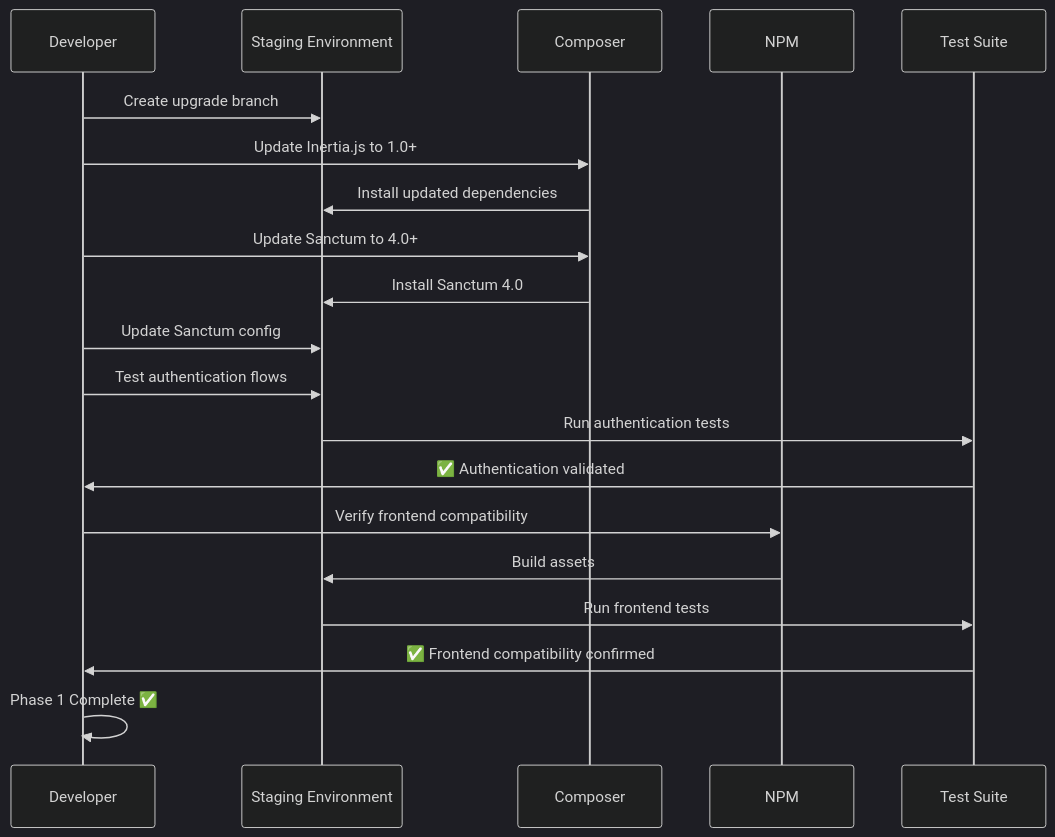
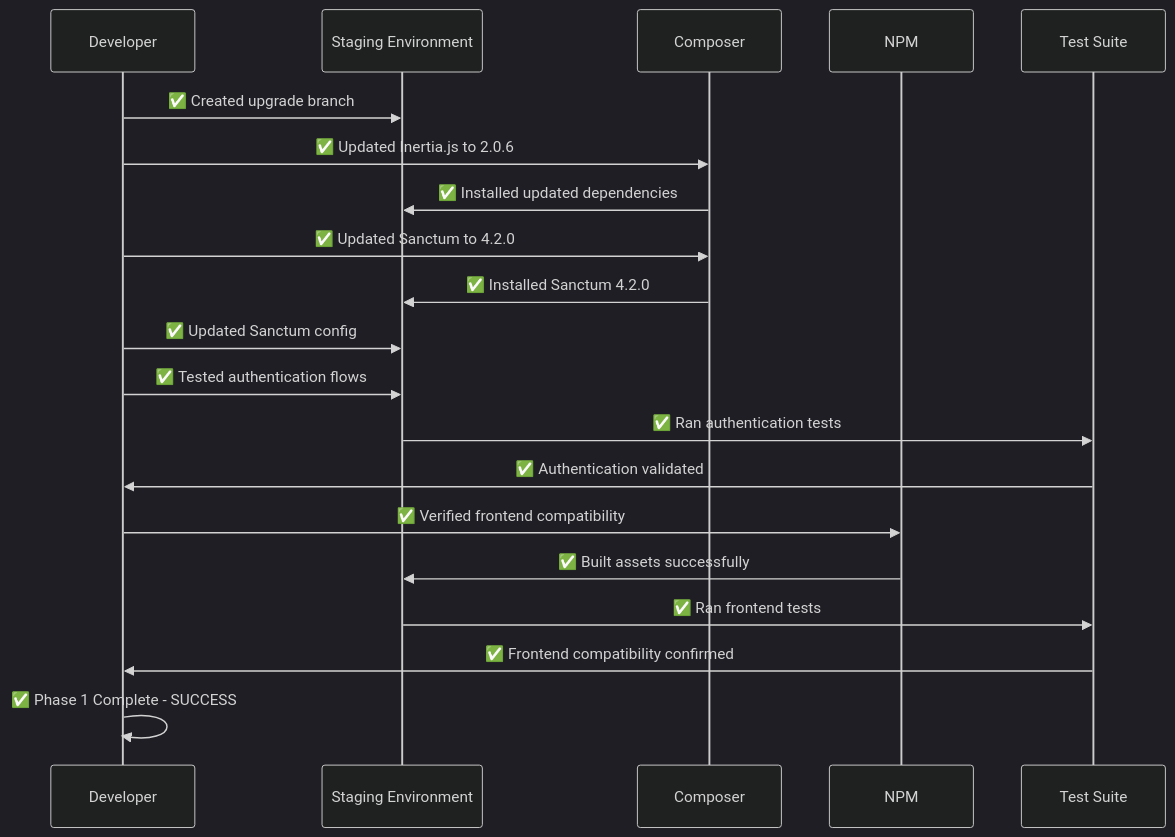
Before and after one commit to ltmoerdani/blazz: the third of 15 diagrams in docs/laravel-12-upgrade/visual.md, drawn with Mermaid (dark theme). The commit also changed other lines of this file and 9 other files, not shown here.

````diff
--- a/docs/laravel-12-upgrade/visual.md
+++ b/docs/laravel-12-upgrade/visual.md
@@ -171,26 +171,26 @@
 ```mermaid
 sequenceDiagram
     participant DEV as Developer
     participant STAGING as Staging Environment
     participant COMPOSER as Composer
     participant NPM as NPM
     participant TEST as Test Suite
     
-    DEV->>STAGING: Create upgrade branch
-    DEV->>COMPOSER: Update Inertia.js to 1.0+
-    COMPOSER->>STAGING: Install updated dependencies
-    DEV->>COMPOSER: Update Sanctum to 4.0+
-    COMPOSER->>STAGING: Install Sanctum 4.0
+    DEV->>STAGING: ✅ Created upgrade branch
+    DEV->>COMPOSER: ✅ Updated Inertia.js to 2.0.6
+    COMPOSER->>STAGING: ✅ Installed updated dependencies
+    DEV->>COMPOSER: ✅ Updated Sanctum to 4.2.0
+    COMPOSER->>STAGING: ✅ Installed Sanctum 4.2.0
     
-    DEV->>STAGING: Update Sanctum config
-    DEV->>STAGING: Test authentication flows
-    STAGING->>TEST: Run authentication tests
+    DEV->>STAGING: ✅ Updated Sanctum config
+    DEV->>STAGING: ✅ Tested authentication flows
+    STAGING->>TEST: ✅ Ran authentication tests
     TEST->>DEV: ✅ Authentication validated
     
-    DEV->>NPM: Verify frontend compatibility
-    NPM->>STAGING: Build assets
-    STAGING->>TEST: Run frontend tests
+    DEV->>NPM: ✅ Verified frontend compatibility
+    NPM->>STAGING: ✅ Built assets successfully
+    STAGING->>TEST: ✅ Ran frontend tests
     TEST->>DEV: ✅ Frontend compatibility confirmed
     
-    DEV->>DEV: Phase 1 Complete ✅
+    DEV->>DEV: ✅ Phase 1 Complete - SUCCESS
 ```
````
